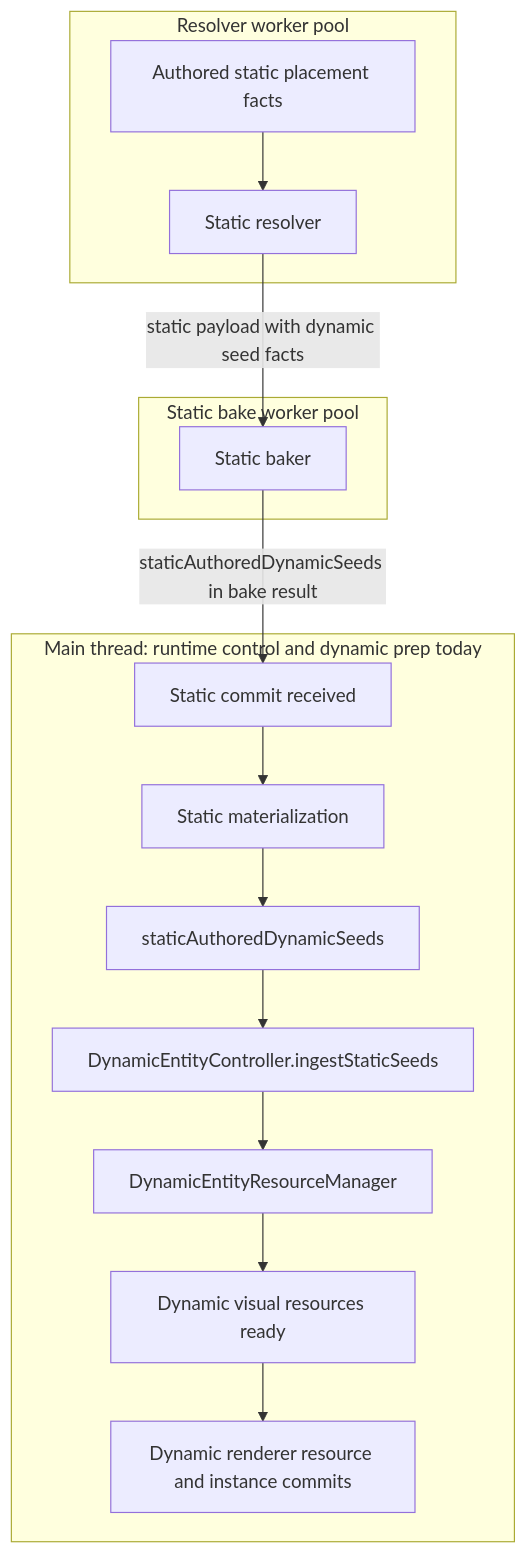
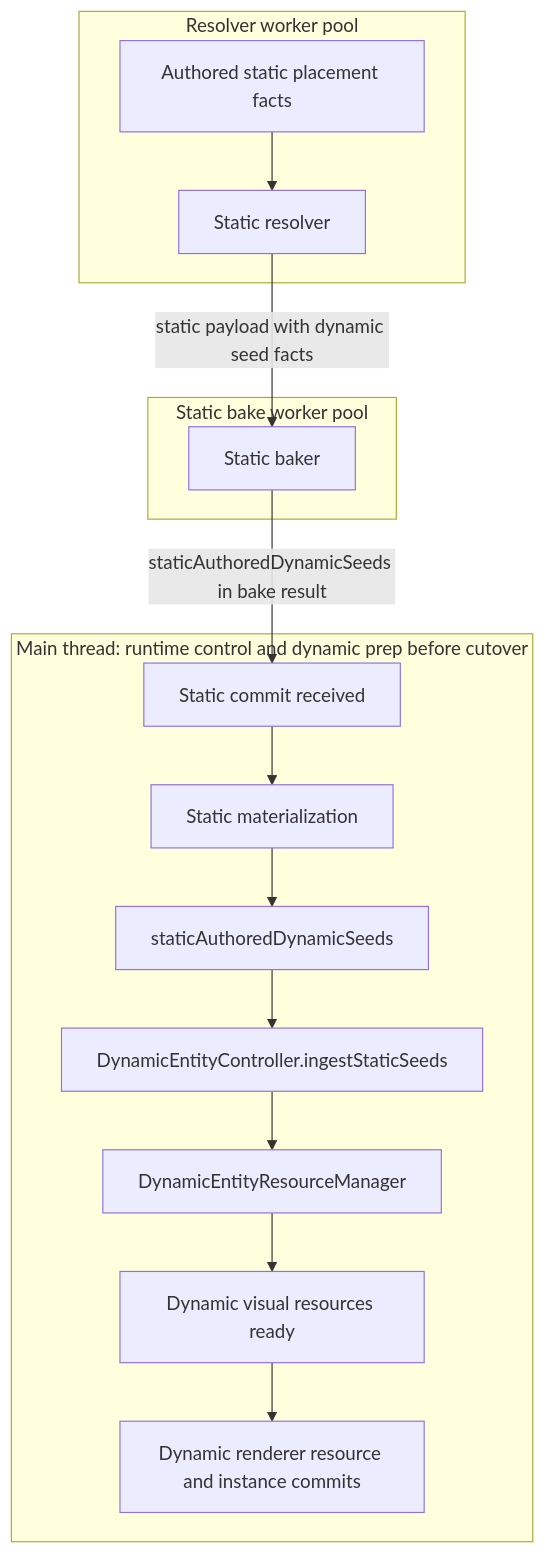
The second of 6 diagrams in docs/plans/holtburger-3d-isomorphic-dynamic-prep-scoping.md (merklejerk/holtburger), drawn with Mermaid before and after one commit. The commit also changed other lines of this file, not shown here.

Commit message:
Document dynamic prep cutover validation

````diff
--- a/docs/plans/holtburger-3d-isomorphic-dynamic-prep-scoping.md
+++ b/docs/plans/holtburger-3d-isomorphic-dynamic-prep-scoping.md
@@ -246,31 +261,31 @@
 ```mermaid
 flowchart TD
-    subgraph Main["Main thread: runtime control and dynamic prep today"]
+    subgraph Main["Main thread: runtime control and dynamic prep before cutover"]
         StaticCommit[Static commit received]
         StaticMat[Static materialization]
         Seeds[staticAuthoredDynamicSeeds]
         Controller[DynamicEntityController.ingestStaticSeeds]
         ResourceManager[DynamicEntityResourceManager]
         DynamicVisual[Dynamic visual resources ready]
         DynamicCommit[Dynamic renderer resource and instance commits]
     end
 
     subgraph ResolverPool["Resolver worker pool"]
         StaticSource[Authored static placement facts]
         StaticResolver[Static resolver]
     end
 
     subgraph BakePool["Static bake worker pool"]
         StaticBake[Static baker]
     end
 
     StaticSource --> StaticResolver
     StaticResolver -- static payload with dynamic seed facts --> StaticBake
     StaticBake -- staticAuthoredDynamicSeeds in bake result --> StaticCommit
     StaticCommit --> StaticMat
     StaticMat --> Seeds
     Seeds --> Controller
     Controller --> ResourceManager
     ResourceManager --> DynamicVisual
     DynamicVisual --> DynamicCommit
 ```
````
